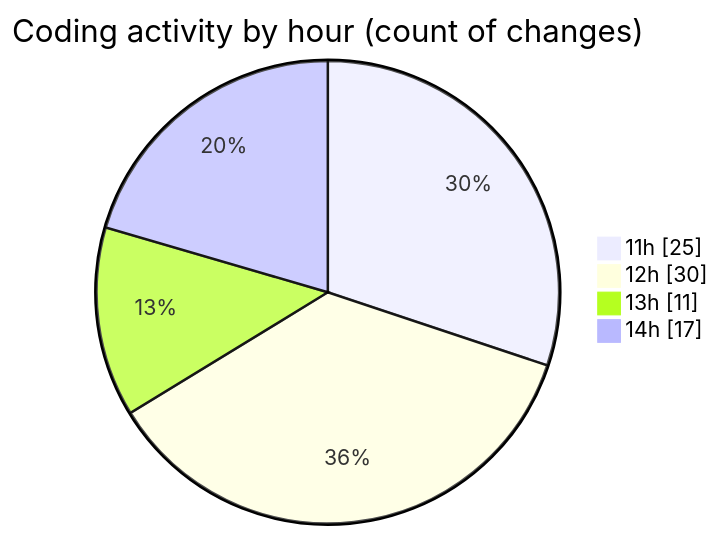
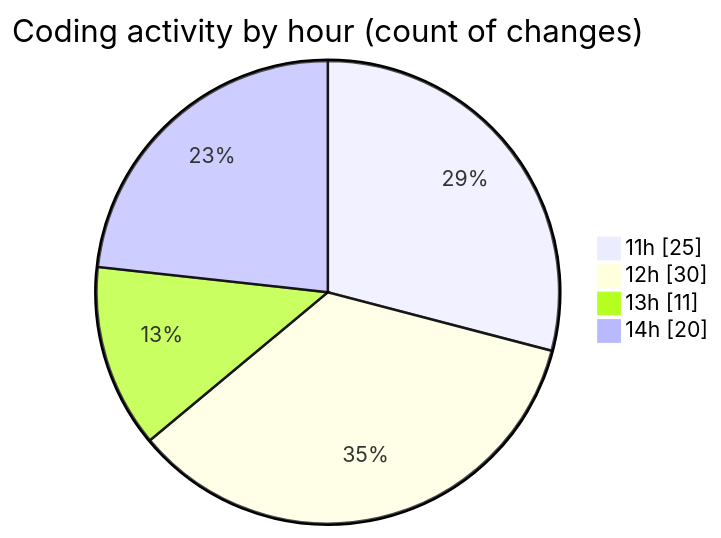
The second of 2 diagrams in 2025-08-13/nxtqube_webapp/README.md (nxtqubesakshisongat/code-tracking), drawn with Mermaid before and after one commit. The commit also changed other lines of this file and 1 other file, not shown here.

````diff
--- a/2025-08-13/nxtqube_webapp/README.md
+++ b/2025-08-13/nxtqube_webapp/README.md
@@ -35,8 +35,8 @@
 ```mermaid
 pie showData
 title Coding activity by hour (count of changes)
 "11h" : 25
 "12h" : 30
 "13h" : 11
-"14h" : 17
+"14h" : 20
 ```
````
